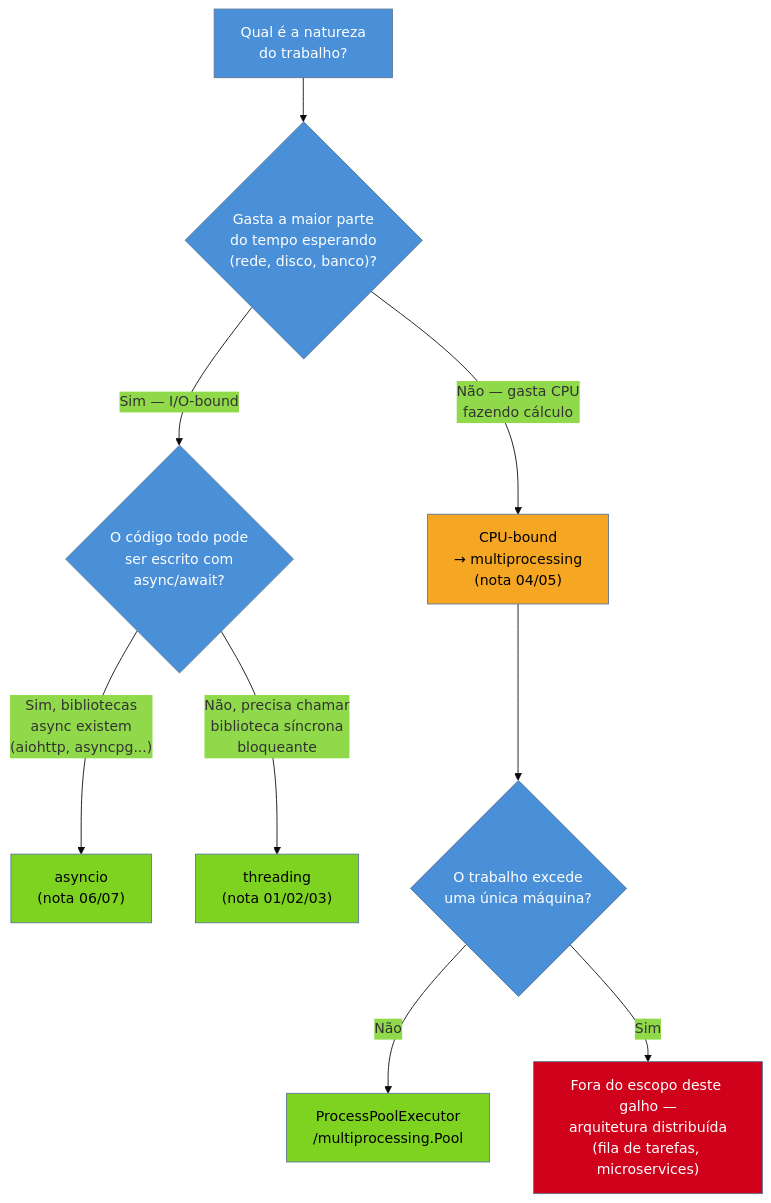
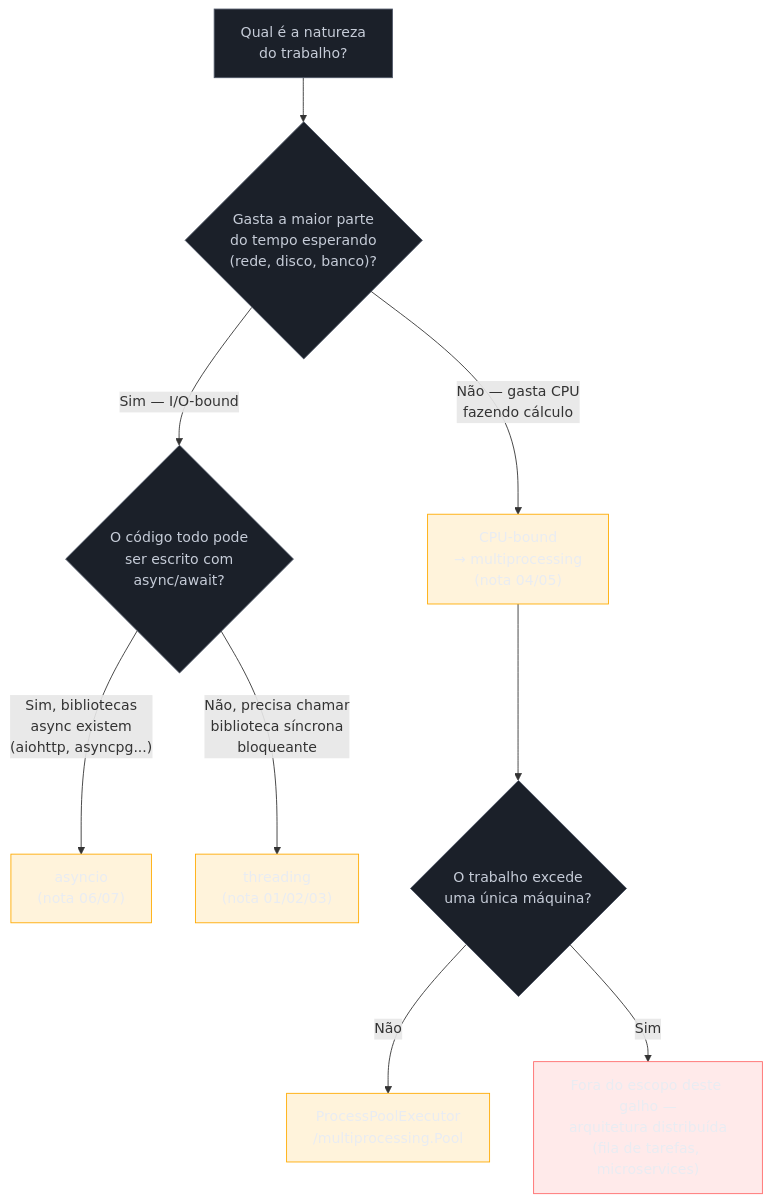
The first of 2 diagrams in 03-Dominios/Tecnologia/Python/Concorrência e paralelismo/08 - Capstone — escolhendo threading vs multiprocessing vs asyncio.md (josenaldo/codex-technomanticus), drawn with Mermaid before and after one commit. The commit also changed other lines of this file and 1181 other files, not shown here.

First line of the commit message:
fix(diagramas): paleta do sistema no lugar de cor cravada no markdown

````diff
--- a/03-Dominios/Tecnologia/Python/Concorrência e paralelismo/08 - Capstone — escolhendo threading vs multiprocessing vs asyncio.md
+++ b/03-Dominios/Tecnologia/Python/Concorrência e paralelismo/08 - Capstone — escolhendo threading vs multiprocessing vs asyncio.md
@@ -30,22 +30,24 @@
 ```mermaid
-%%{init: {"theme": "base", "themeVariables": {"primaryColor": "#4A90D9"}}}%%
 flowchart TD
+    classDef neutro fill:#1B2029,stroke:#4E5666,color:#C6CCD8
+    classDef destaque fill:#FFAA0024,stroke:#FFAA00,color:#E9ECF2
+    classDef falha fill:#FF6B6B24,stroke:#FF6B6B,color:#E9ECF2
     A["Qual é a natureza\ndo trabalho?"] --> B{"Gasta a maior parte\ndo tempo esperando\n(rede, disco, banco)?"}
     B -->|"Sim — I/O-bound"| C{"O código todo pode\nser escrito com\nasync/await?"}
     B -->|"Não — gasta CPU\nfazendo cálculo"| D["CPU-bound\n→ multiprocessing\n(nota 04/05)"]
     C -->|"Sim, bibliotecas\nasync existem\n(aiohttp, asyncpg...)"| E["asyncio\n(nota 06/07)"]
     C -->|"Não, precisa chamar\nbiblioteca síncrona\nbloqueante"| F["threading\n(nota 01/02/03)"]
     D --> G{"O trabalho excede\numa única máquina?"}
     G -->|"Não"| H["ProcessPoolExecutor\n/multiprocessing.Pool"]
     G -->|"Sim"| I["Fora do escopo deste galho —\narquitetura distribuída\n(fila de tarefas, microservices)"]
 
-    style A fill:#4A90D9,color:#fff
-    style B fill:#4A90D9,color:#fff
-    style C fill:#4A90D9,color:#fff
-    style D fill:#F5A623,color:#000
-    style E fill:#7ED321,color:#000
-    style F fill:#7ED321,color:#000
-    style G fill:#4A90D9,color:#fff
-    style H fill:#7ED321,color:#000
-    style I fill:#D0021B,color:#fff
+    class A neutro
+    class B neutro
+    class C neutro
+    class D destaque
+    class E destaque
+    class F destaque
+    class G neutro
+    class H destaque
+    class I falha
 ```
````
